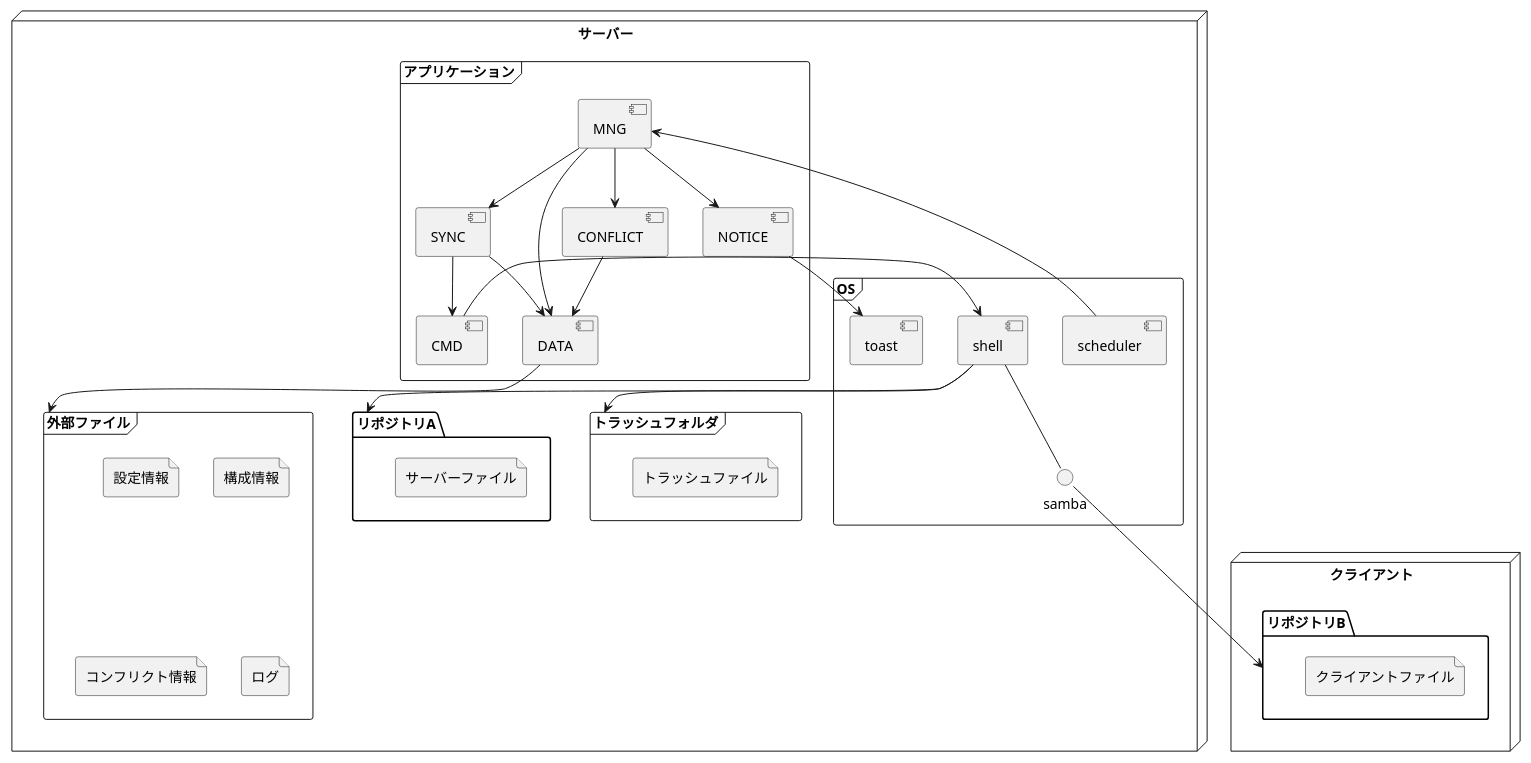
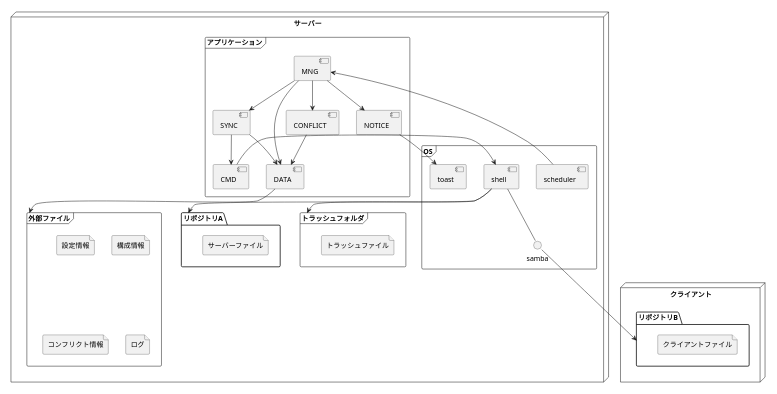
Before and after one commit to KiyoshiKazuma/PhotoAutoSyncSystem: the diagram in doc/システム構成図.puml, drawn with PlantUML. The commit also changed 3 other files, not shown here.

```diff
--- a/doc/システム構成図.puml
+++ b/doc/システム構成図.puml
@@ -1,58 +1,58 @@
 @startuml
-scale 1400 width
+scale 700 width
 node サーバー{
     folder リポジトリA{
         file サーバーファイル
     }
 
     frame アプリケーション{
         component MNG
         component SYNC
         component NOTICE
         component DATA
         component CMD
         component CONFLICT
     }
 
     frame 外部ファイル{
         file 設定情報
         file 構成情報
         file コンフリクト情報
         file ログ
     }
 
     frame トラッシュフォルダ{
         file トラッシュファイル
     }
     
     frame OS{
         component scheduler
         component shell
         component toast
         interface samba    
     }
 
 }
 node クライアント{
     folder リポジトリB{
         file クライアントファイル
     }
 }
 
 scheduler --> MNG
 MNG --> SYNC
 MNG --> NOTICE
 MNG --> CONFLICT
 SYNC --> CMD
 SYNC --> DATA
 CONFLICT --> DATA
 MNG --> DATA 
 DATA --> 外部ファイル
 CMD --> shell
 NOTICE --> toast
 shell --> リポジトリA
 shell -- samba
 shell --> トラッシュフォルダ
 samba --> リポジトリB
 
 @enduml
```
